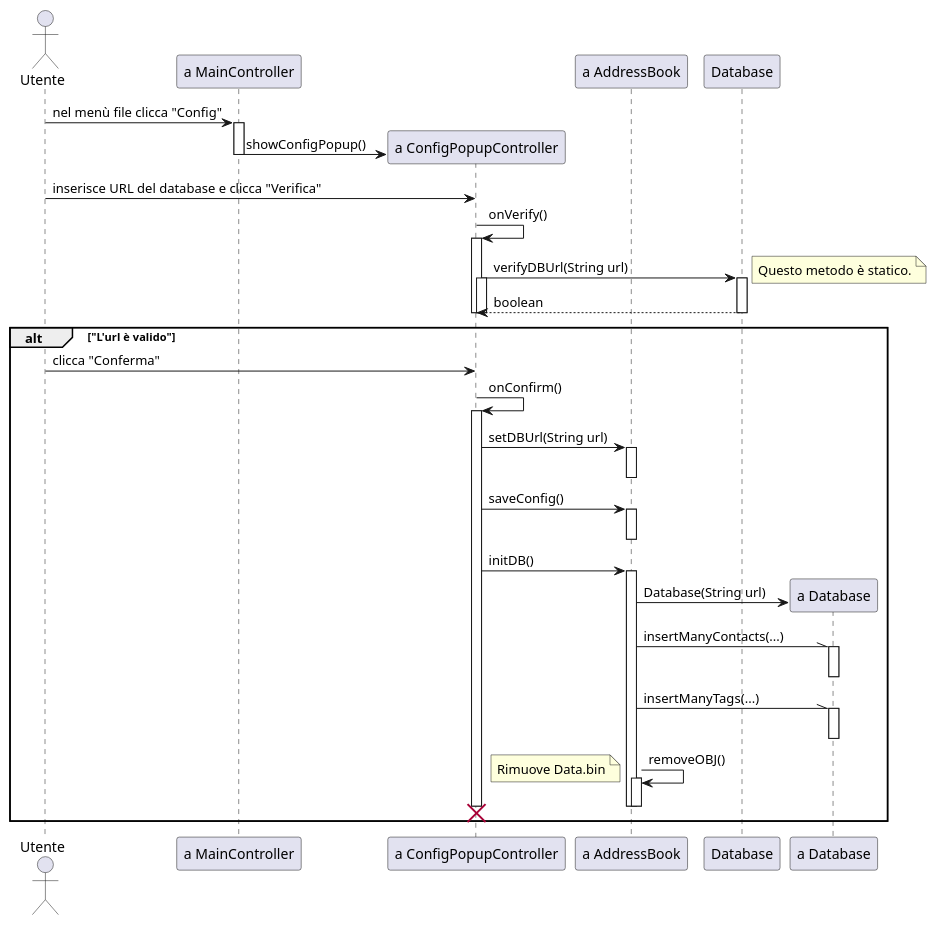
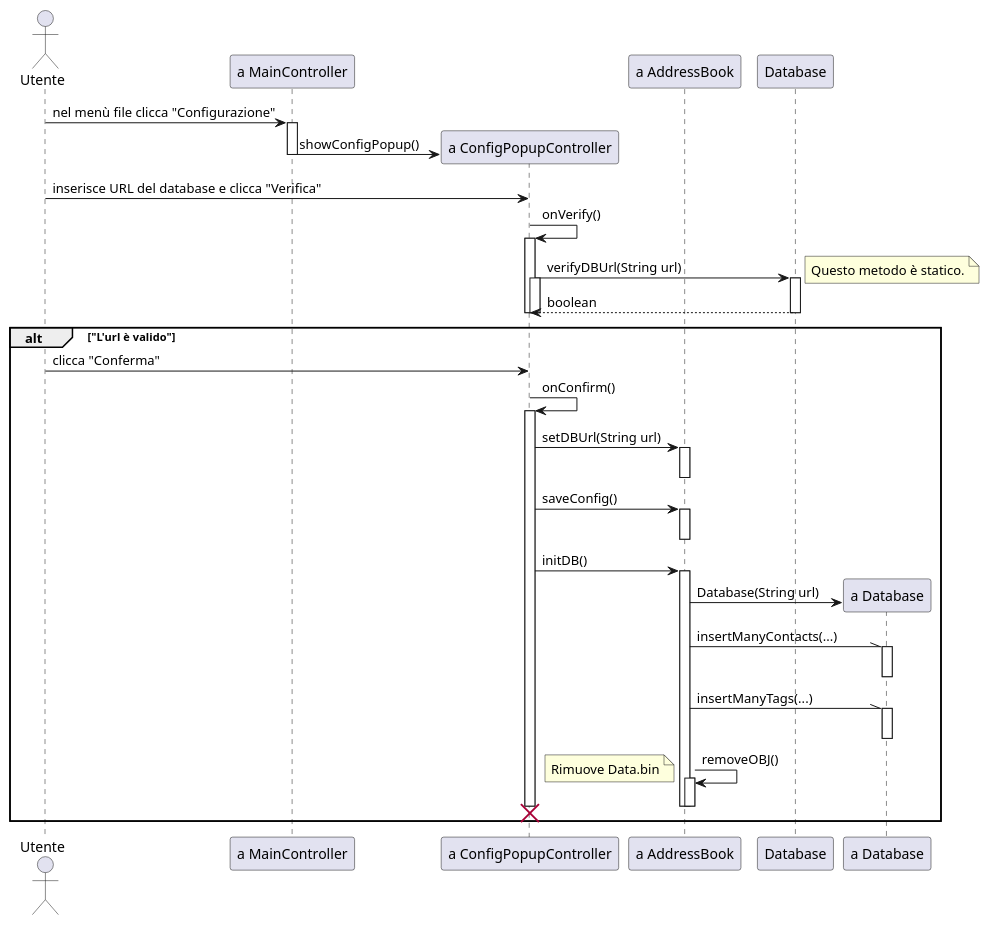
The diagram in documenti/diagrammi di sequenza/puml/diagrammaSequenzaAggiuntaDB.puml (savaava/ProgettoRubrica), drawn with PlantUML before and after one commit. The commit also changed 10 other files, not shown here.

```diff
--- a/documenti/diagrammi di sequenza/puml/diagrammaSequenzaAggiuntaDB.puml
+++ b/documenti/diagrammi di sequenza/puml/diagrammaSequenzaAggiuntaDB.puml
@@ -1,59 +1,59 @@
 @startuml Aggiunta Database
 actor Utente as u
 participant "a MainController" as mc
 participant "a ConfigPopupController" as cpc
 participant "a AddressBook" as ab
 participant "Database" as sd
 participant "a Database" as d
 
-u -> mc : nel menù file clicca "Config"
+u -> mc : nel menù file clicca "Configurazione"
 activate mc
 mc -> cpc ** : showConfigPopup()
 deactivate mc
 u -> cpc : inserisce URL del database e clicca "Verifica"
 cpc -> cpc : onVerify()
 activate cpc
 cpc -> sd : verifyDBUrl(String url)
 note right
     Questo metodo è statico.
 end note
 activate cpc
 activate sd
 sd --> cpc : boolean
 deactivate sd
 deactivate cpc
 deactivate cpc
 alt "L'url è valido"
     u -> cpc : clicca "Conferma"
     cpc -> cpc : onConfirm()
     activate cpc
     cpc -> ab : setDBUrl(String url)
     activate ab
     deactivate ab
     cpc -> ab : saveConfig()
     activate ab
     deactivate ab
     cpc -> ab : initDB()
     activate ab
     ab -> d ** : Database(String url)
 
     ab -\\ d : insertManyContacts(...)
     activate d
     deactivate d
 
     ab -\\ d : insertManyTags(...)
     activate d
     deactivate d
 
     ab -> ab : removeOBJ()
     activate ab
     deactivate ab
     note left
     Rimuove Data.bin
     end note
 
     deactivate ab
     deactivate cpc
     destroy cpc
 end
 @enduml
```
